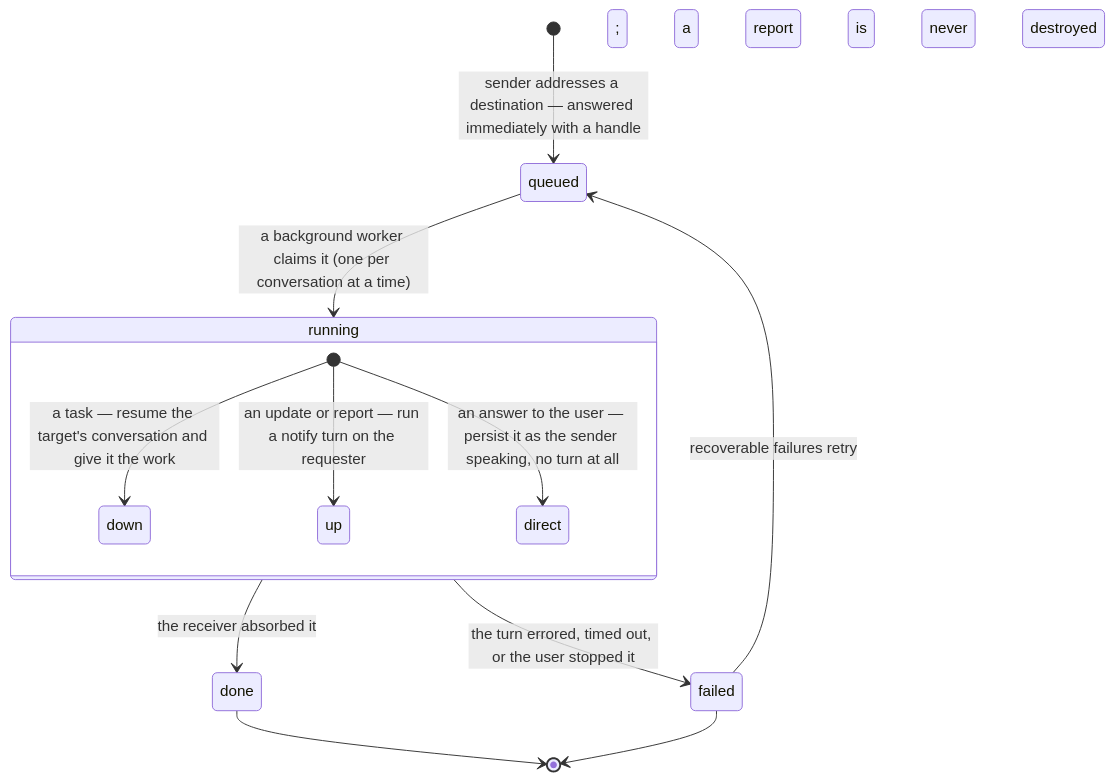
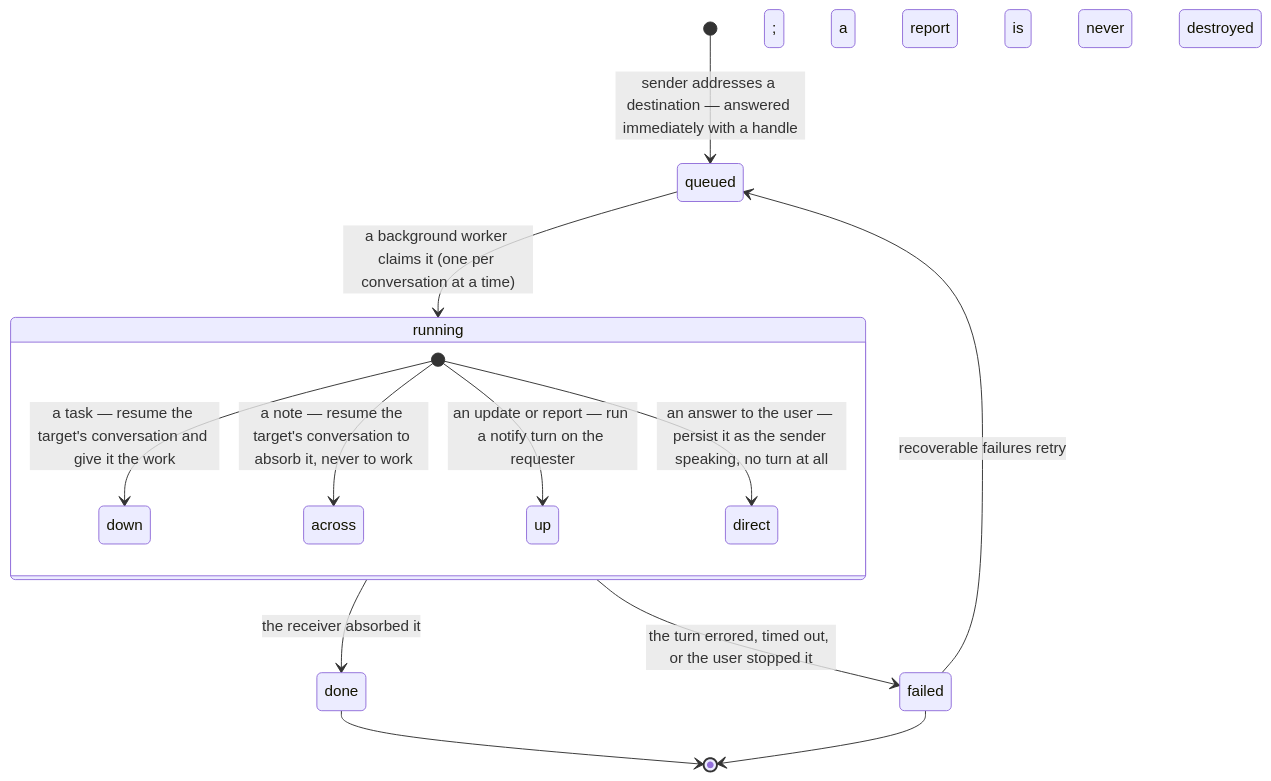
Before and after one commit to chadnicely/Vynel-Demo: the diagram in .claude/docs/session-communication/overview.md, drawn with Mermaid. The commit also changed other lines of this file and 4 other files, not shown here.

````diff
--- a/.claude/docs/session-communication/overview.md
+++ b/.claude/docs/session-communication/overview.md
@@ -82,17 +86,18 @@
 ```mermaid
 stateDiagram-v2
     [*] --> queued: sender addresses a destination — answered immediately with a handle
     queued --> running: a background worker claims it (one per conversation at a time)
 
     state running {
         [*] --> down: a task — resume the target's conversation and give it the work
+        [*] --> across: a note — resume the target's conversation to absorb it, never to work
         [*] --> up: an update or report — run a notify turn on the requester
         [*] --> direct: an answer to the user — persist it as the sender speaking, no turn at all
     }
 
     running --> done: the receiver absorbed it
     running --> failed: the turn errored, timed out, or the user stopped it
     failed --> queued: recoverable failures retry; a report is never destroyed
     done --> [*]
     failed --> [*]
 ```
````
